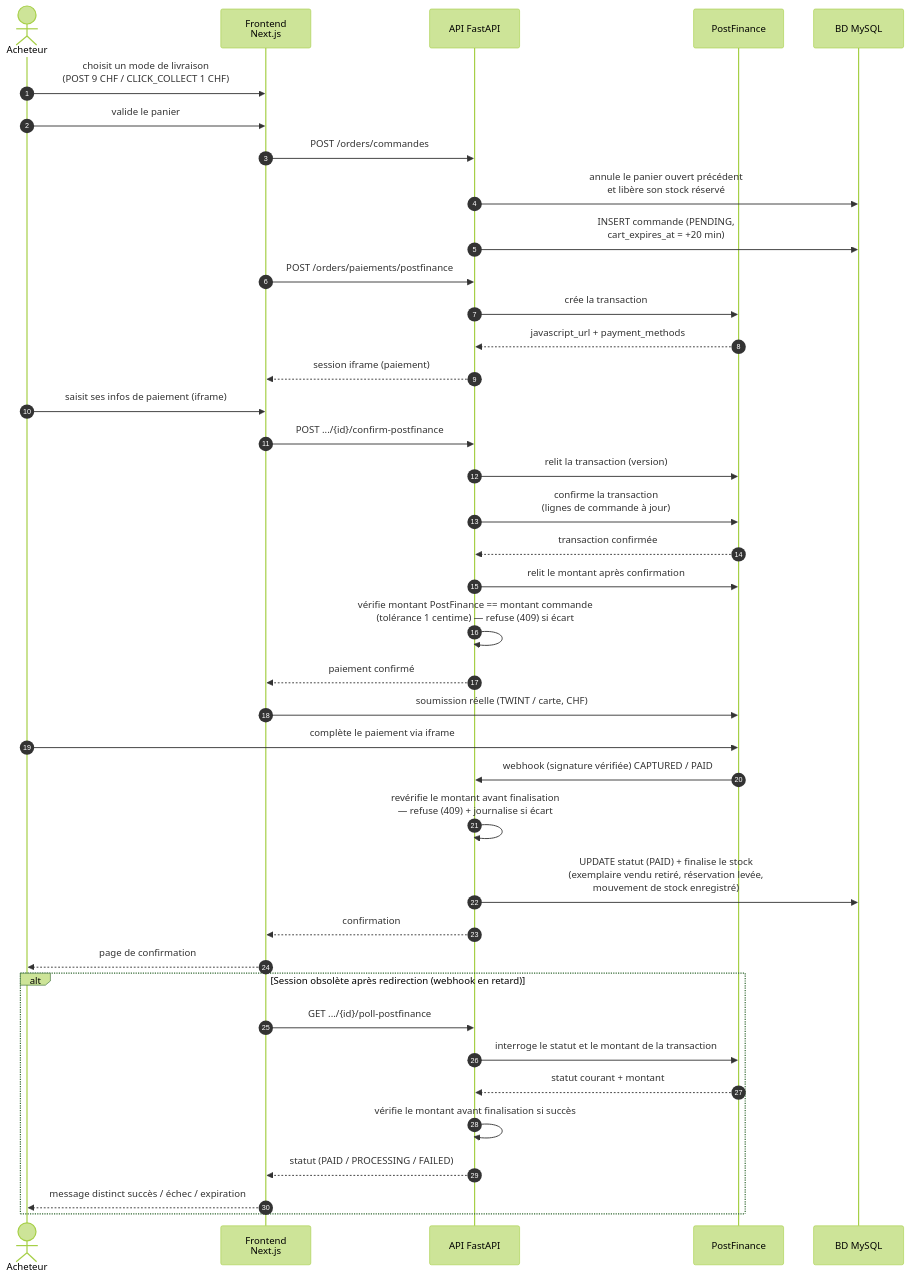
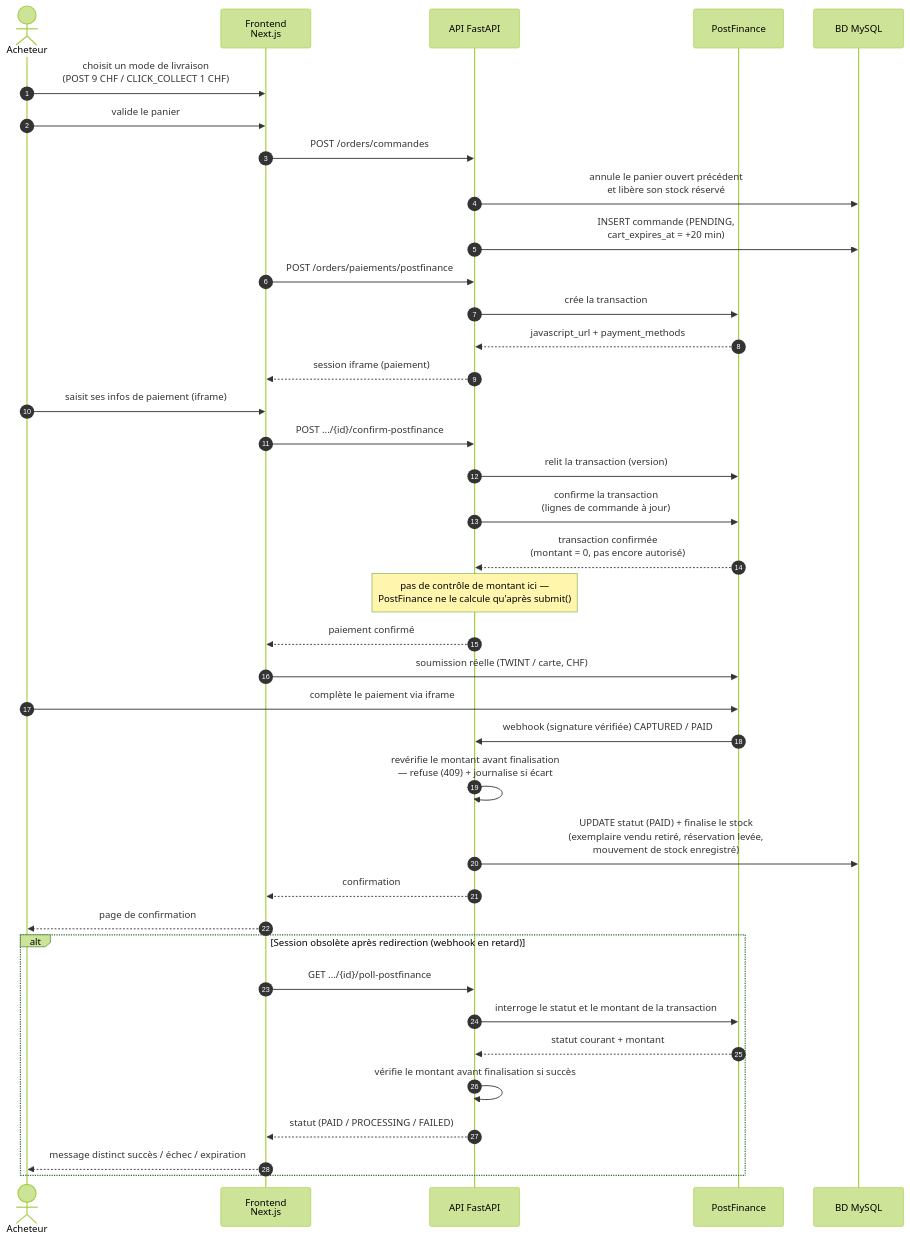
The diagram in diagrams/sequence_paiement.mmd (Visualstudiocodetest/caribooks), drawn with Mermaid (forest theme) before and after one commit. The commit also changed 2 other files, not shown here.

Commit message:
Sync main.tex/diagram with confirm-postfinance amount-check removal
Documents no longer claimed the confirm-postfinance endpoint compares
the PostFinance amount before finalizing -- that check was dropped in
466a827 because PostFinance reports a bare 0 at that stage. Also notes
confirm now finalizes on a success status (096fe66), and drops the
now-inaccurate amount-check step from sequence_paiement.mmd, with its
PDF regenerated.

```diff
--- a/diagrams/sequence_paiement.mmd
+++ b/diagrams/sequence_paiement.mmd
@@ -1,44 +1,43 @@
 %% Diagramme de séquence — Tunnel de paiement PostFinance
 sequenceDiagram
     autonumber
     actor Ach as Acheteur
     participant Fro as Frontend<br/>Next.js
     participant API as API FastAPI
     participant PF as PostFinance
     participant BD as BD MySQL
 
     Ach->>Fro: choisit un mode de livraison<br/>(POST 9 CHF / CLICK_COLLECT 1 CHF)
     Ach->>Fro: valide le panier
     Fro->>API: POST /orders/commandes
     API->>BD: annule le panier ouvert précédent<br/>et libère son stock réservé
     API->>BD: INSERT commande (PENDING,<br/>cart_expires_at = +20 min)
     Fro->>API: POST /orders/paiements/postfinance
     API->>PF: crée la transaction
     PF-->>API: javascript_url + payment_methods
     API-->>Fro: session iframe (paiement)
     Ach->>Fro: saisit ses infos de paiement (iframe)
 
     Fro->>API: POST .../{id}/confirm-postfinance
     API->>PF: relit la transaction (version)
     API->>PF: confirme la transaction<br/>(lignes de commande à jour)
-    PF-->>API: transaction confirmée
-    API->>PF: relit le montant après confirmation
-    API->>API: vérifie montant PostFinance == montant commande<br/>(tolérance 1 centime) — refuse (409) si écart
+    PF-->>API: transaction confirmée<br/>(montant = 0, pas encore autorisé)
+    Note over API: pas de contrôle de montant ici —<br/>PostFinance ne le calcule qu'après submit()
     API-->>Fro: paiement confirmé
 
     Fro->>PF: soumission réelle (TWINT / carte, CHF)
     Ach->>PF: complète le paiement via iframe
     PF->>API: webhook (signature vérifiée) CAPTURED / PAID
     API->>API: revérifie le montant avant finalisation<br/>— refuse (409) + journalise si écart
     API->>BD: UPDATE statut (PAID) + finalise le stock<br/>(exemplaire vendu retiré, réservation levée,<br/>mouvement de stock enregistré)
     API-->>Fro: confirmation
     Fro-->>Ach: page de confirmation
 
     alt Session obsolète après redirection (webhook en retard)
         Fro->>API: GET .../{id}/poll-postfinance
         API->>PF: interroge le statut et le montant de la transaction
         PF-->>API: statut courant + montant
         API->>API: vérifie le montant avant finalisation si succès
         API-->>Fro: statut (PAID / PROCESSING / FAILED)
         Fro-->>Ach: message distinct succès / échec / expiration
     end
```
